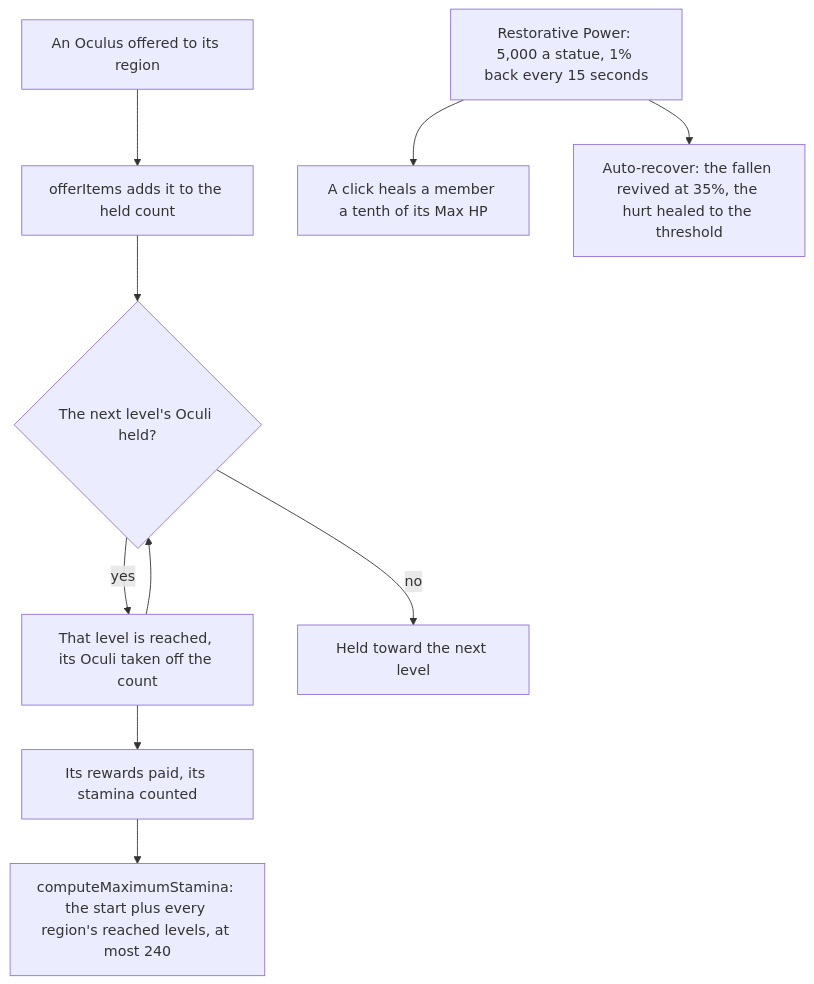
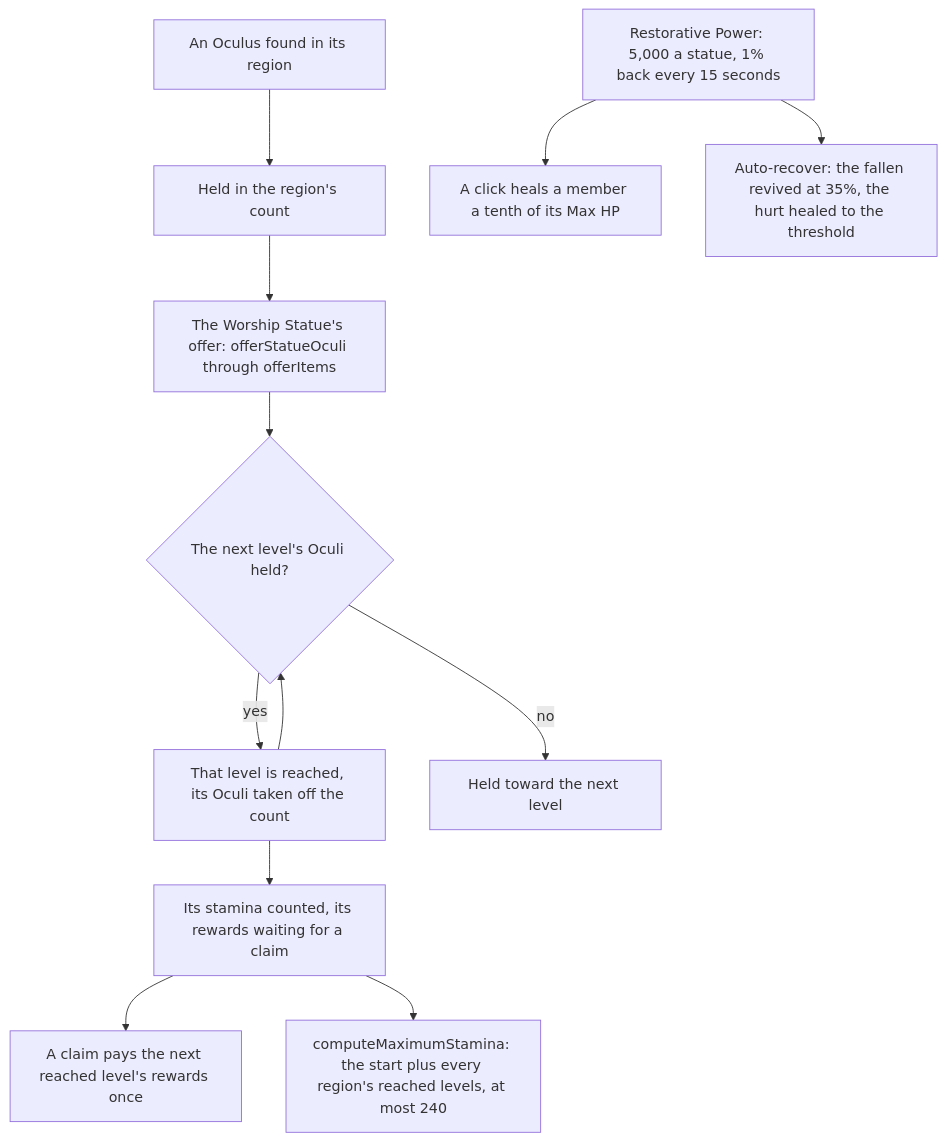
One commit to Esposter/Esposter changed the diagram in openspec/specs/genshin/statues-of-the-seven/design.md. Above: the diagram before and after it, drawn with Mermaid. The commit also changed other lines of this file and 65 other files, not shown here.

First line of the commit message:
feat(genshin): the Worship Statue offers held Oculi and claims each reached level, and F on a resonated statue opens it

````diff
--- a/openspec/specs/genshin/statues-of-the-seven/design.md
+++ b/openspec/specs/genshin/statues-of-the-seven/design.md
@@ -7,12 +7,14 @@
 ```mermaid
 flowchart TD
-  OCULUS["An Oculus offered to its region"] --> OFFER["offerItems adds it to the held count"]
+  OCULUS["An Oculus found in its region"] --> HELD["Held in the region's count"]
+  HELD --> OFFER["The Worship Statue's offer: offerStatueOculi through offerItems"]
   OFFER --> NEXT{"The next level's Oculi held?"}
   NEXT -->|"yes"| LEVEL["That level is reached, its Oculi taken off the count"]
   LEVEL --> NEXT
-  NEXT -->|"no"| HELD["Held toward the next level"]
-  LEVEL --> PAY["Its rewards paid, its stamina counted"]
+  NEXT -->|"no"| WAIT["Held toward the next level"]
+  LEVEL --> PAY["Its stamina counted, its rewards waiting for a claim"]
+  PAY --> CLAIM["A claim pays the next reached level's rewards once"]
   PAY --> MAX["computeMaximumStamina: the start plus every region's reached levels, at most 240"]
   POOL["Restorative Power: 5,000 a statue, 1% back every 15 seconds"] --> CLICK["A click heals a member a tenth of its Max HP"]
   POOL --> AUTO["Auto-recover: the fallen revived at 35%, the hurt healed to the threshold"]
 ```
````
